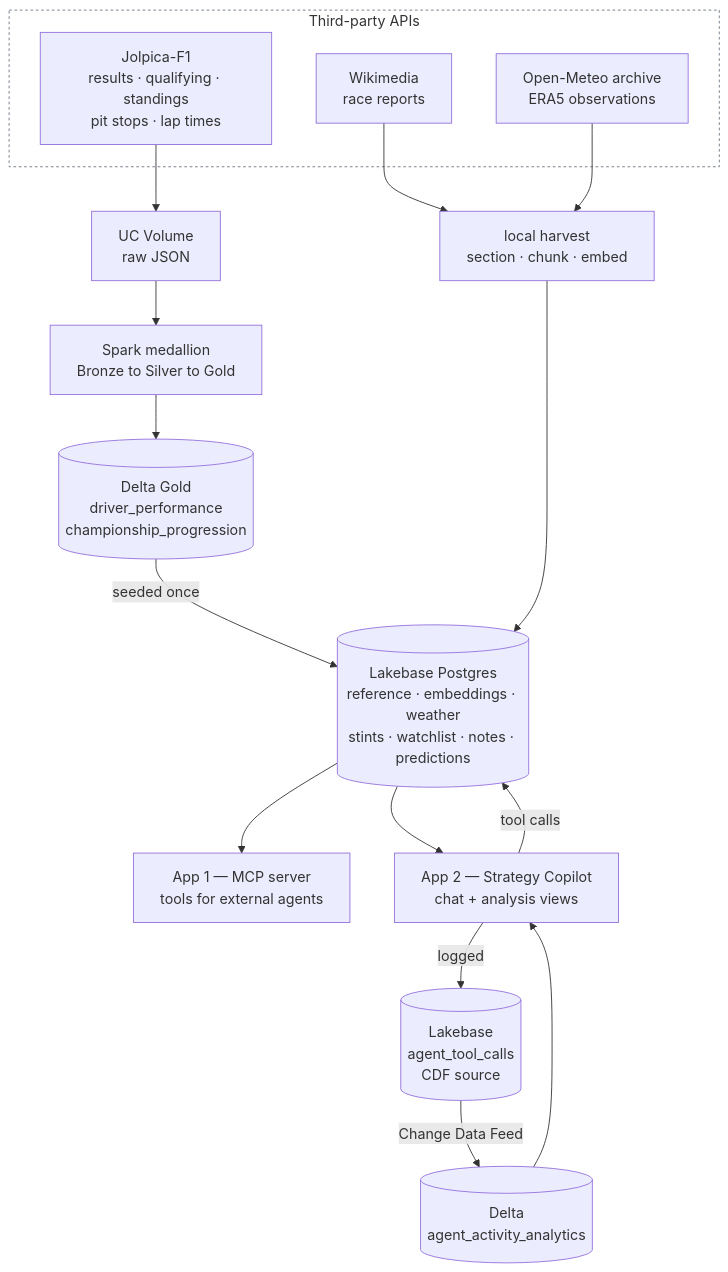
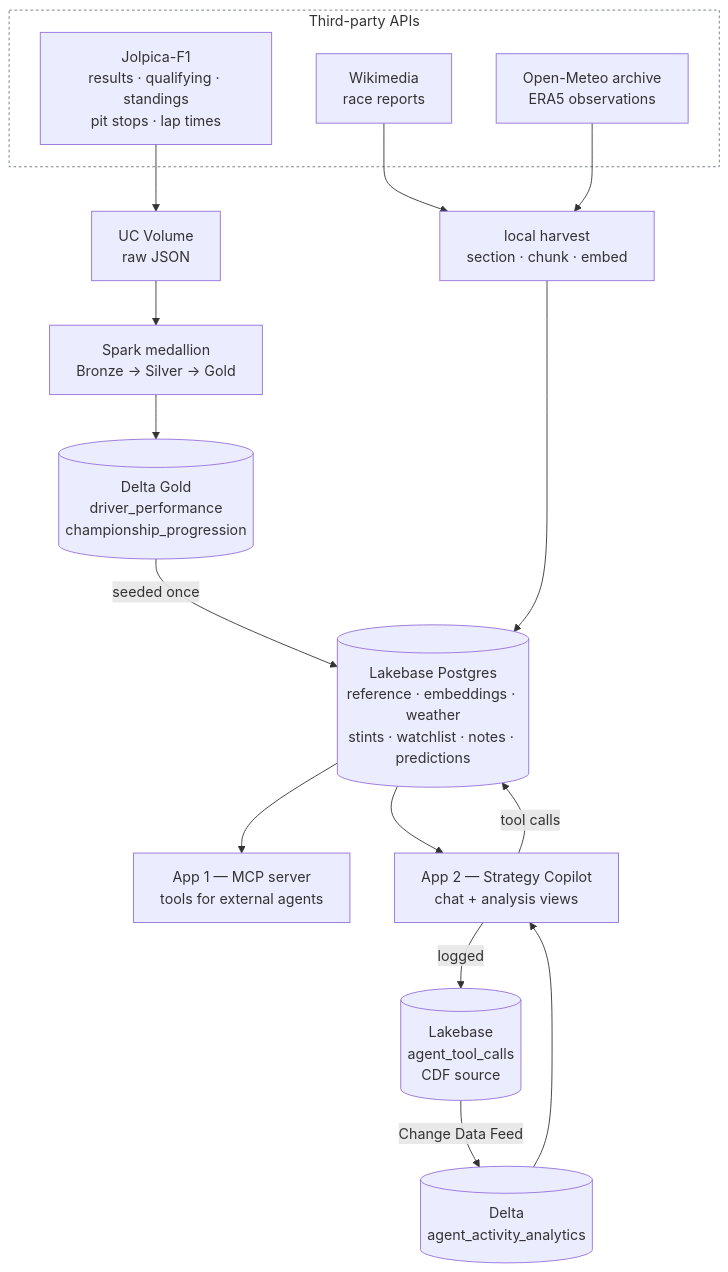
The diagram in DESIGN.md (abhibastia/f1-strategy-copilot), drawn with Mermaid before and after one commit. The commit also changed 1 other file, not shown here.

Commit message:
Restore the diagram label styling, keep the subgraph fix
The <small> and <b> tags were doing real work - they gave each node a
title-and-detail hierarchy that a single text size does not. I removed
them on the theory that GitHub renders with htmlLabels disabled, which I
inferred from a local simulation rather than checking GitHub itself. It
renders them fine.

The subgraph change stays: mermaid's default container fill is a fixed
pale yellow that fights the node colours and looks wrong against whichever
theme the reader has. Transparent with a dashed border adapts to both.

````diff
--- a/DESIGN.md
+++ b/DESIGN.md
@@ -79,25 +79,25 @@
 ```mermaid
 flowchart TB
     subgraph SRC["Third-party APIs"]
         J["Jolpica-F1<br/>results · qualifying · standings<br/>pit stops · lap times"]
         W["Wikimedia<br/>race reports"]
         O["Open-Meteo archive<br/>ERA5 observations"]
     end
 
-    J --> LAND["UC Volume<br/>raw JSON"] --> PIPE["Spark medallion<br/>Bronze to Silver to Gold"]
+    J --> LAND["UC Volume<br/>raw JSON"] --> PIPE["Spark medallion<br/>Bronze → Silver → Gold"]
     PIPE --> GOLD[("Delta Gold<br/>driver_performance<br/>championship_progression")]
 
     GOLD -- "seeded once" --> LB
     W --> HARV["local harvest<br/>section · chunk · embed"] --> LB
     O --> HARV
 
     LB[("Lakebase Postgres<br/>reference · embeddings · weather<br/>stints · watchlist · notes · predictions")]
 
     LB --> MCP["App 1 — MCP server<br/>tools for external agents"]
     LB --> UI["App 2 — Strategy Copilot<br/>chat + analysis views"]
     UI -- "tool calls" --> LB
     UI -- "logged" --> CDF[("Lakebase<br/>agent_tool_calls<br/>CDF source")]
     CDF -- "Change Data Feed" --> DELTA[("Delta<br/>agent_activity_analytics")]
     DELTA --> UI
     style SRC fill:transparent,stroke:#6b7280,stroke-dasharray:3 3
 ```
````
